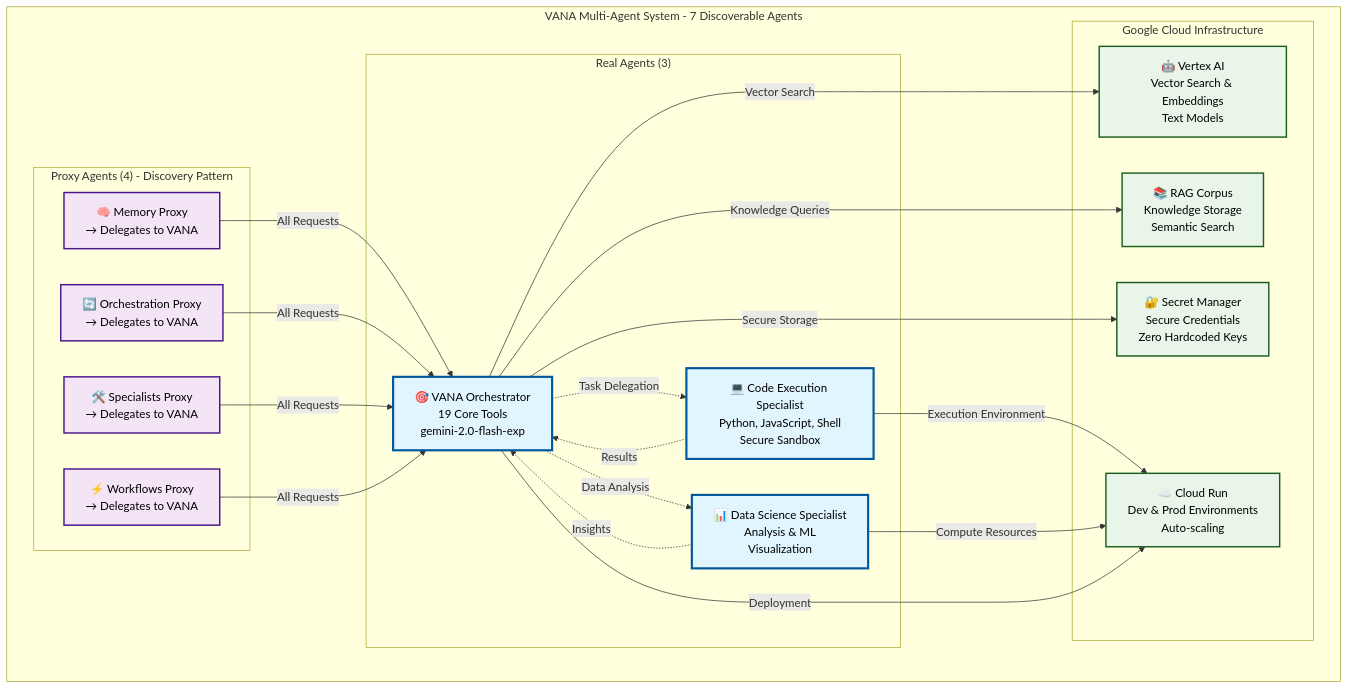
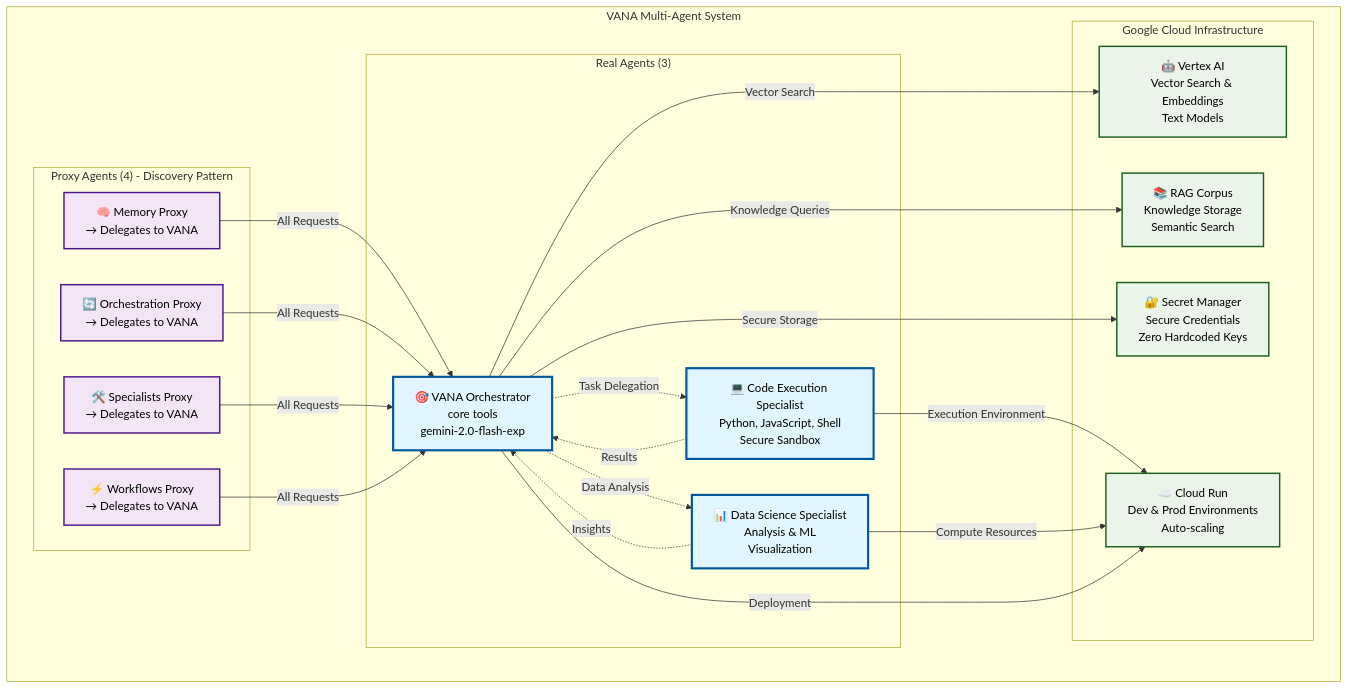
One commit to NickB03/vana changed the diagram in docs/assets/diagrams/system-architecture.md. Above: the diagram before and after it, drawn with Mermaid. The commit also changed other lines of this file and 18 other files, not shown here.

````diff
--- a/docs/assets/diagrams/system-architecture.md
+++ b/docs/assets/diagrams/system-architecture.md
@@ -7,53 +7,53 @@
 ```mermaid
 graph TB
-    subgraph "VANA Multi-Agent System - 7 Discoverable Agents"
+    subgraph "VANA Multi-Agent System"
         subgraph "Real Agents (3)"
-            VANA[🎯 VANA Orchestrator<br/>19 Core Tools<br/>gemini-2.0-flash-exp]
+            VANA[🎯 VANA Orchestrator<br/>core tools<br/>gemini-2.0-flash-exp]
             CODE[💻 Code Execution Specialist<br/>Python, JavaScript, Shell<br/>Secure Sandbox]
             DATA[📊 Data Science Specialist<br/>Analysis & ML<br/>Visualization]
         end
 
         subgraph "Proxy Agents (4) - Discovery Pattern"
             MEM[🧠 Memory Proxy<br/>→ Delegates to VANA]
             ORCH[🔄 Orchestration Proxy<br/>→ Delegates to VANA]
             SPEC[🛠️ Specialists Proxy<br/>→ Delegates to VANA]
             WORK[⚡ Workflows Proxy<br/>→ Delegates to VANA]
         end
 
         subgraph "Google Cloud Infrastructure"
             VAI[🤖 Vertex AI<br/>Vector Search & Embeddings<br/>Text Models]
             CR[☁️ Cloud Run<br/>Dev & Prod Environments<br/>Auto-scaling]
             RAG[📚 RAG Corpus<br/>Knowledge Storage<br/>Semantic Search]
             SM[🔐 Secret Manager<br/>Secure Credentials<br/>Zero Hardcoded Keys]
         end
     end
 
     %% Real agent interactions
     VANA -.->|Task Delegation| CODE
     VANA -.->|Data Analysis| DATA
     CODE -.->|Results| VANA
     DATA -.->|Insights| VANA
 
     %% Proxy redirections (all go to VANA)
     MEM -->|All Requests| VANA
     ORCH -->|All Requests| VANA
     SPEC -->|All Requests| VANA
     WORK -->|All Requests| VANA
 
     %% Cloud service connections
     VANA -->|Vector Search| VAI
     VANA -->|Knowledge Queries| RAG
     VANA -->|Secure Storage| SM
     CODE -->|Execution Environment| CR
     DATA -->|Compute Resources| CR
     VANA -->|Deployment| CR
 
     %% Styling
     classDef realAgent fill:#e1f5fe,stroke:#01579b,stroke-width:3px,color:#000
     classDef proxyAgent fill:#f3e5f5,stroke:#4a148c,stroke-width:2px,color:#000
     classDef cloudService fill:#e8f5e8,stroke:#1b5e20,stroke-width:2px,color:#000
 
     class VANA,CODE,DATA realAgent
     class MEM,ORCH,SPEC,WORK proxyAgent
     class VAI,CR,RAG,SM cloudService
 ```
````
